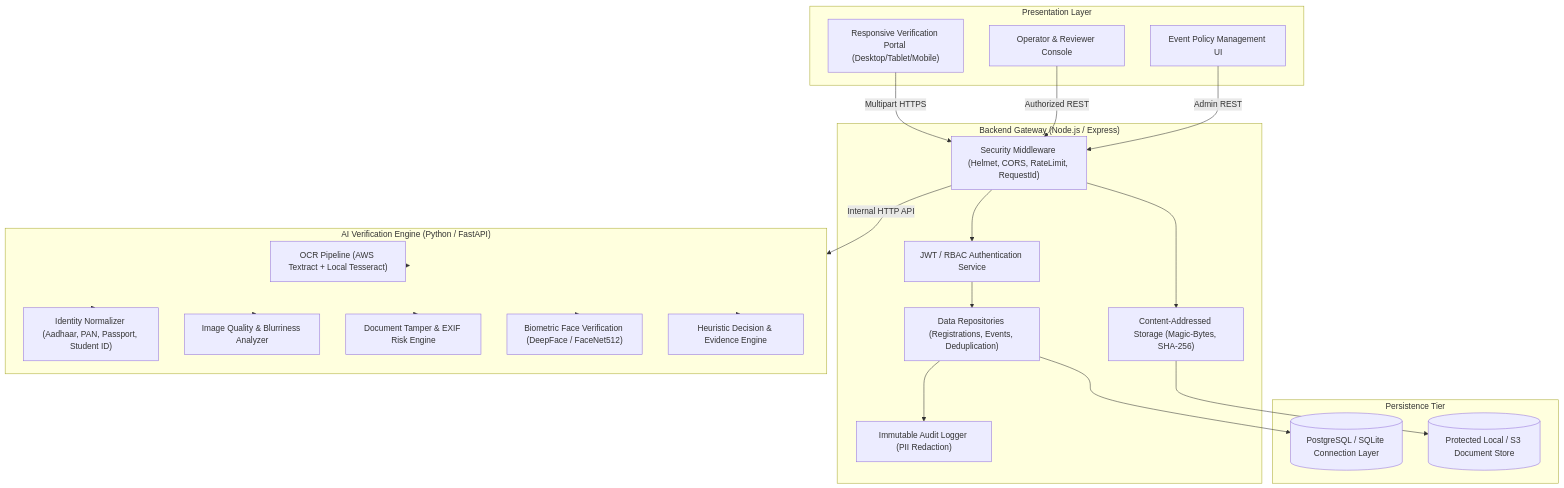
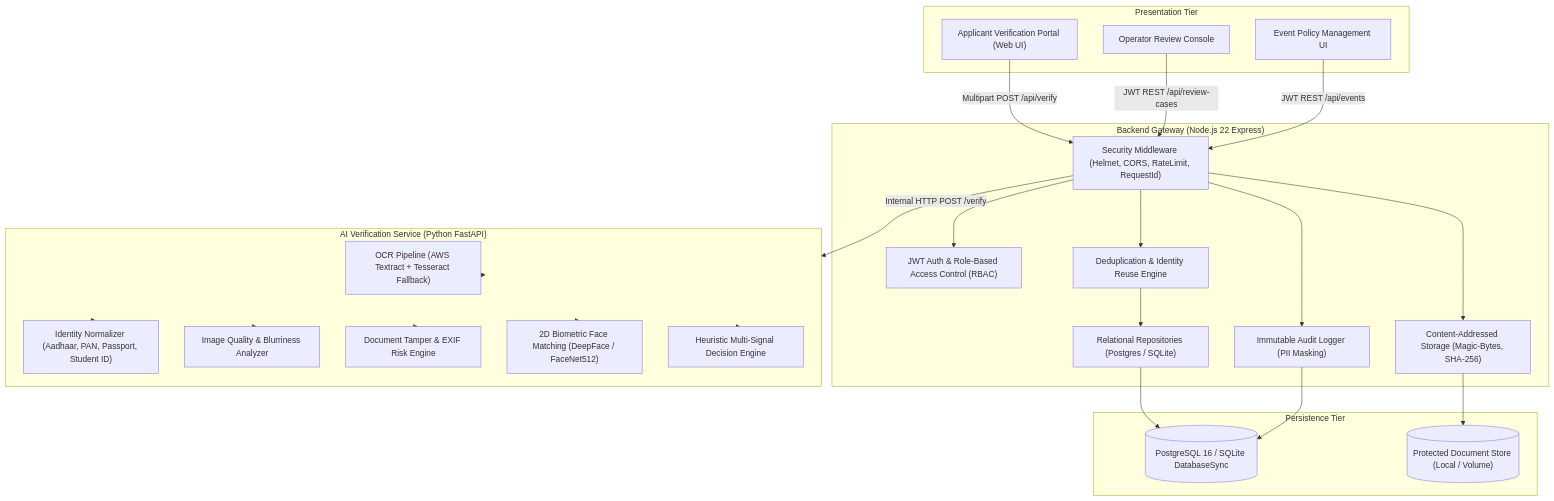
The diagram in README.md (Soumyajit-2808/ai-identity-verification), drawn with Mermaid before and after one commit. The commit also changed other lines of this file, not shown here.

````diff
--- a/README.md
+++ b/README.md
@@ -17,49 +35,53 @@
 ```mermaid
 flowchart TD
-    subgraph Clients["Presentation Layer"]
-        WebPortal["Responsive Verification Portal (Desktop/Tablet/Mobile)"]
-        ReviewQueue["Operator & Reviewer Console"]
-        ConfigEditor["Event Policy Management UI"]
+    subgraph Clients["Presentation Tier"]
+        Portal["Applicant Verification Portal (Web UI)"]
+        ReviewerUI["Operator Review Console"]
+        ConfigUI["Event Policy Management UI"]
     end
 
-    subgraph Gateway["Backend Gateway (Node.js / Express)"]
-        MW["Security Middleware (Helmet, CORS, RateLimit, RequestId)"]
-        Auth["JWT / RBAC Authentication Service"]
-        Storage["Content-Addressed Storage (Magic-Bytes, SHA-256)"]
-        Audit["Immutable Audit Logger (PII Redaction)"]
-        Repo["Data Repositories (Registrations, Events, Deduplication)"]
+    subgraph Gateway["Backend Gateway (Node.js 22 Express)"]
+        SecMW["Security Middleware (Helmet, CORS, RateLimit, RequestId)"]
+        AuthSvc["JWT Auth & Role-Based Access Control (RBAC)"]
+        FileStore["Content-Addressed Storage (Magic-Bytes, SHA-256)"]
+        DedupEngine["Deduplication & Identity Reuse Engine"]
+        AuditSvc["Immutable Audit Logger (PII Masking)"]
+        DBRepo["Relational Repositories (Postgres / SQLite)"]
     end
 
-    subgraph AIService["AI Verification Engine (Python / FastAPI)"]
-        OCRPipeline["OCR Pipeline (AWS Textract + Local Tesseract)"]
-        Normalizer["Identity Normalizer (Aadhaar, PAN, Passport, Student ID)"]
-        QualityAnalyzer["Image Quality & Blurriness Analyzer"]
-        TamperAnalyzer["Document Tamper & EXIF Risk Engine"]
-        FaceEngine["Biometric Face Verification (DeepFace / FaceNet512)"]
-        DecisionEngine["Heuristic Decision & Evidence Engine"]
+    subgraph AIService["AI Verification Service (Python FastAPI)"]
+        OCRSvc["OCR Pipeline (AWS Textract + Tesseract Fallback)"]
+        NormSvc["Identity Normalizer (Aadhaar, PAN, Passport, Student ID)"]
+        QualitySvc["Image Quality & Blurriness Analyzer"]
+        TamperSvc["Document Tamper & EXIF Risk Engine"]
+        FaceSvc["2D Biometric Face Matching (DeepFace / FaceNet512)"]
+        DecisionSvc["Heuristic Multi-Signal Decision Engine"]
     end
 
-    subgraph DataPersistence["Persistence Tier"]
-        DB[(PostgreSQL / SQLite Connection Layer)]
-        BlobStorage[("Protected Local / S3 Document Store")]
+    subgraph Persistence["Persistence Tier"]
+        DB[(PostgreSQL 16 / SQLite DatabaseSync)]
+        DiskStore[("Protected Document Store (Local / Volume)")]
     end
 
-    WebPortal -->|Multipart HTTPS| MW
-    ReviewQueue -->|Authorized REST| MW
-    ConfigEditor -->|Admin REST| MW
+    Portal -->|Multipart POST /api/verify| SecMW
+    ReviewerUI -->|JWT REST /api/review-cases| SecMW
+    ConfigUI -->|JWT REST /api/events| SecMW
 
-    MW --> Auth
-    Auth --> Repo
-    Repo --> DB
-    MW --> Storage
-    Storage --> BlobStorage
-    Repo --> Audit
+    SecMW --> AuthSvc
+    SecMW --> FileStore
+    FileStore --> DiskStore
+    SecMW -->|Internal HTTP POST /verify| AIService
 
-    MW -->|Internal HTTP API| AIService
-    AIService --> OCRPipeline
-    AIService --> Normalizer
-    AIService --> QualityAnalyzer
-    AIService --> TamperAnalyzer
-    AIService --> FaceEngine
-    AIService --> DecisionEngine
+    AIService --> OCRSvc
+    AIService --> NormSvc
+    AIService --> QualitySvc
+    AIService --> TamperSvc
+    AIService --> FaceSvc
+    AIService --> DecisionSvc
+
+    SecMW --> DedupEngine
+    DedupEngine --> DBRepo
+    DBRepo --> DB
+    SecMW --> AuditSvc
+    AuditSvc --> DB
 ```
````
